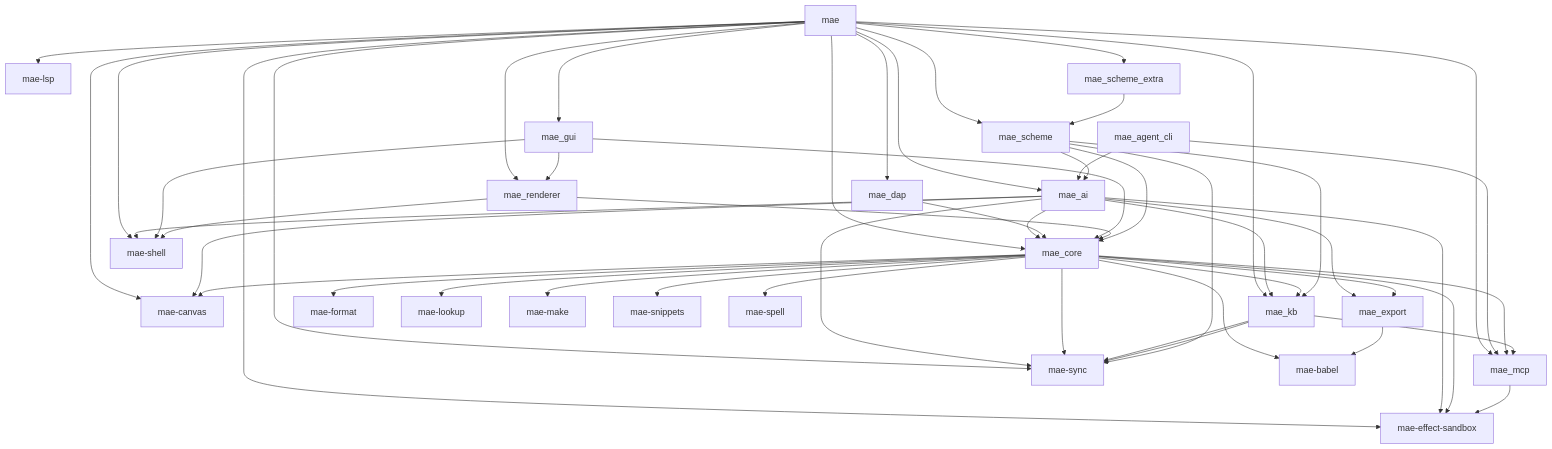
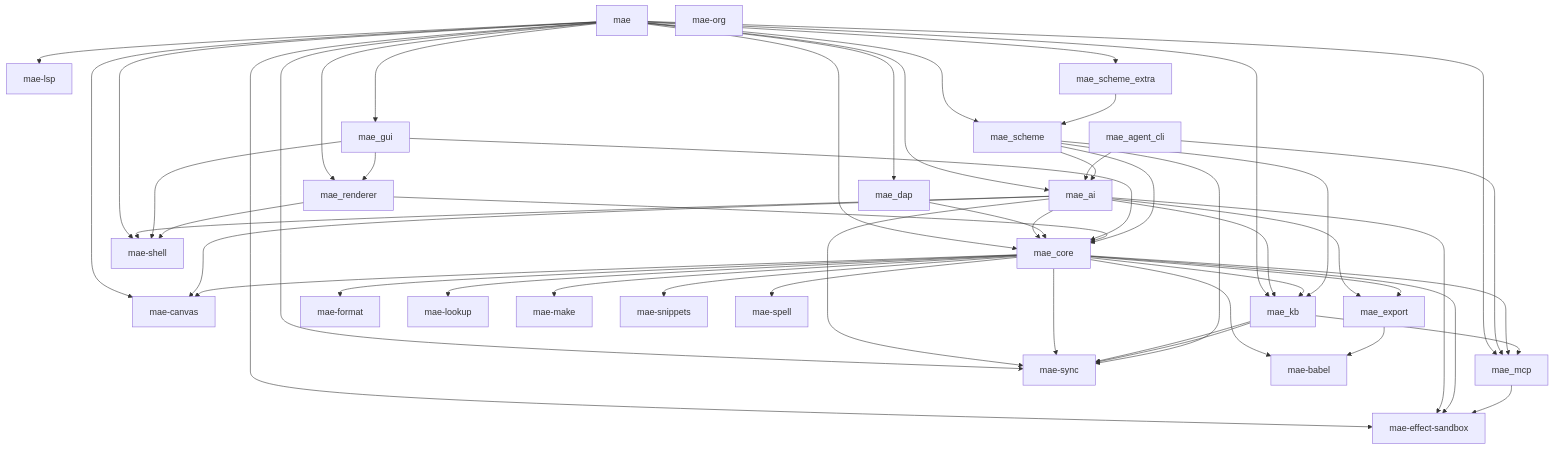
One commit to cuttlefisch/mae changed the diagram in docs/CODE_MAP.md. Above: the diagram before and after it, drawn with Mermaid. The commit also changed other lines of this file and 22 other files, not shown here.

First line of the commit message:
feat(org): add mae-org, a lossless org block-structure parser (ADR-112 O1)

````diff
--- a/docs/CODE_MAP.md
+++ b/docs/CODE_MAP.md
@@ -7,65 +7,66 @@
 ```mermaid
 graph TD
     mae --> mae_ai
     mae --> mae_canvas
     mae --> mae_core
     mae --> mae_dap
     mae --> mae_effect_sandbox
     mae --> mae_gui
     mae --> mae_kb
     mae --> mae_lsp
     mae --> mae_mcp
     mae --> mae_renderer
     mae --> mae_scheme
     mae --> mae_scheme_extra
     mae --> mae_shell
     mae --> mae_sync
     mae_agent_cli --> mae_ai
     mae_agent_cli --> mae_mcp
     mae_ai --> mae_canvas
     mae_ai --> mae_core
     mae_ai --> mae_effect_sandbox
     mae_ai --> mae_export
     mae_ai --> mae_kb
     mae_ai --> mae_shell
     mae_ai --> mae_sync
     mae_babel[mae-babel]
     mae_canvas[mae-canvas]
     mae_core --> mae_babel
     mae_core --> mae_canvas
     mae_core --> mae_effect_sandbox
     mae_core --> mae_export
     mae_core --> mae_format
     mae_core --> mae_kb
     mae_core --> mae_lookup
     mae_core --> mae_make
     mae_core --> mae_snippets
     mae_core --> mae_spell
     mae_core --> mae_sync
     mae_core --> mae_mcp
     mae_dap --> mae_core
     mae_effect_sandbox[mae-effect-sandbox]
     mae_export --> mae_babel
     mae_format[mae-format]
     mae_gui --> mae_core
     mae_gui --> mae_renderer
     mae_gui --> mae_shell
     mae_kb --> mae_mcp
     mae_kb --> mae_sync
     mae_kb --> mae_sync
     mae_lookup[mae-lookup]
     mae_lsp[mae-lsp]
     mae_make[mae-make]
     mae_mcp --> mae_effect_sandbox
+    mae_org[mae-org]
     mae_renderer --> mae_core
     mae_renderer --> mae_shell
     mae_scheme --> mae_ai
     mae_scheme --> mae_core
     mae_scheme --> mae_kb
     mae_scheme --> mae_sync
     mae_scheme_extra --> mae_scheme
     mae_shell[mae-shell]
     mae_snippets[mae-snippets]
     mae_spell[mae-spell]
     mae_sync[mae-sync]
 ```
````
